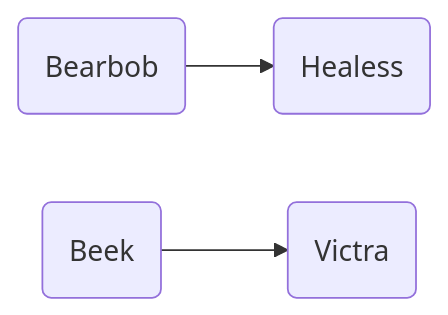
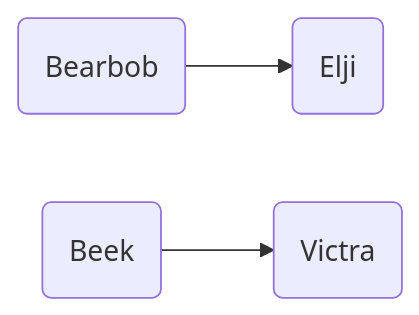
The eighth of 11 diagrams in wepulled/swp/README.md (leemWF/READMEVault), drawn with Mermaid before and after one commit. The commit also changed other lines of this file, not shown here.

````diff
--- a/wepulled/swp/README.md
+++ b/wepulled/swp/README.md
@@ -171,5 +172,5 @@
 ```mermaid
 flowchart LR
-    A(Bearbob) --> B(Healess)
+    A(Bearbob) --> B(Elji)
     C(Beek) --> D(Victra)
 ```
````
